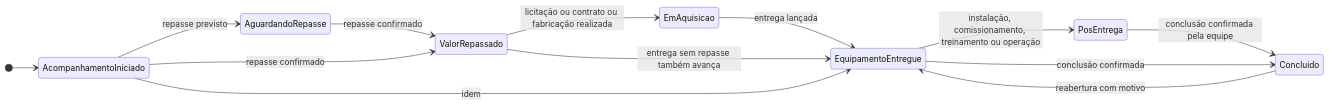
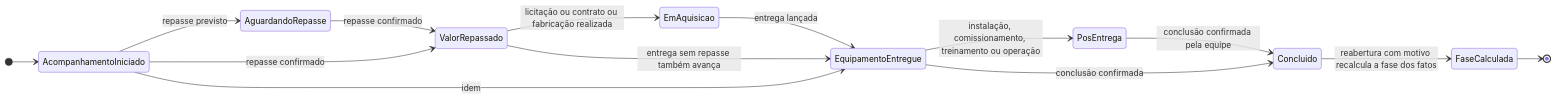
One commit to devs-ministerio/par_equipamentos changed the third of 12 diagrams in docs/arquitetura/mapa-monitoramento-interno-2026-11-19.md. Above: the diagram before and after it, drawn with Mermaid. The commit also changed other lines of this file and 1 other file, not shown here.

Commit message:
docs: mapa revisão 3 e CLAUDE.md com as correções do diagnóstico constitucional

````diff
--- a/docs/arquitetura/mapa-monitoramento-interno-2026-11-19.md
+++ b/docs/arquitetura/mapa-monitoramento-interno-2026-11-19.md
@@ -70,16 +76,17 @@
 ```mermaid
 stateDiagram-v2
     direction LR
     [*] --> AcompanhamentoIniciado
     AcompanhamentoIniciado --> AguardandoRepasse: repasse previsto
     AguardandoRepasse --> ValorRepassado: repasse confirmado
     AcompanhamentoIniciado --> ValorRepassado: repasse confirmado
     ValorRepassado --> EmAquisicao: licitação ou contrato ou fabricação realizada
     EmAquisicao --> EquipamentoEntregue: entrega lançada
     ValorRepassado --> EquipamentoEntregue: entrega sem repasse também avança
     AcompanhamentoIniciado --> EquipamentoEntregue: idem
     EquipamentoEntregue --> PosEntrega: instalação, comissionamento, treinamento ou operação
     PosEntrega --> Concluido: conclusão confirmada pela equipe
     EquipamentoEntregue --> Concluido: conclusão confirmada
-    Concluido --> EquipamentoEntregue: reabertura com motivo
+    Concluido --> FaseCalculada: reabertura com motivo recalcula a fase dos fatos
+    FaseCalculada --> [*]
 ```
````
